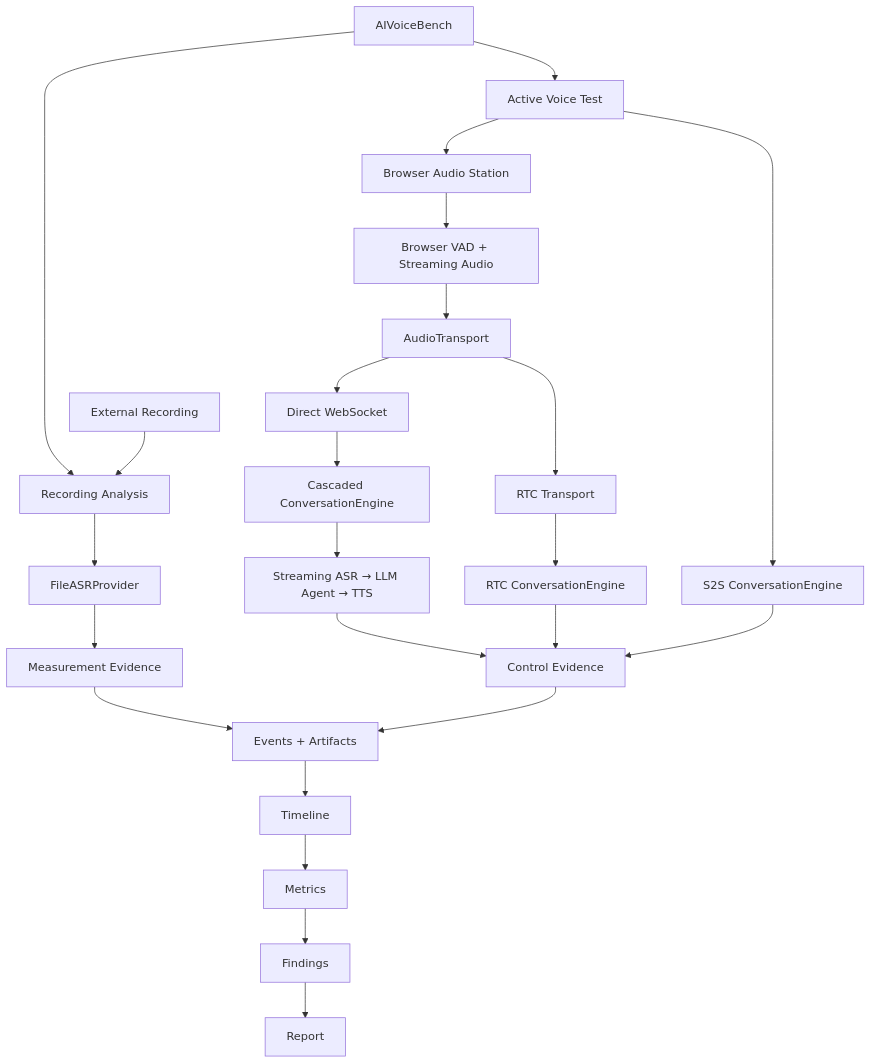
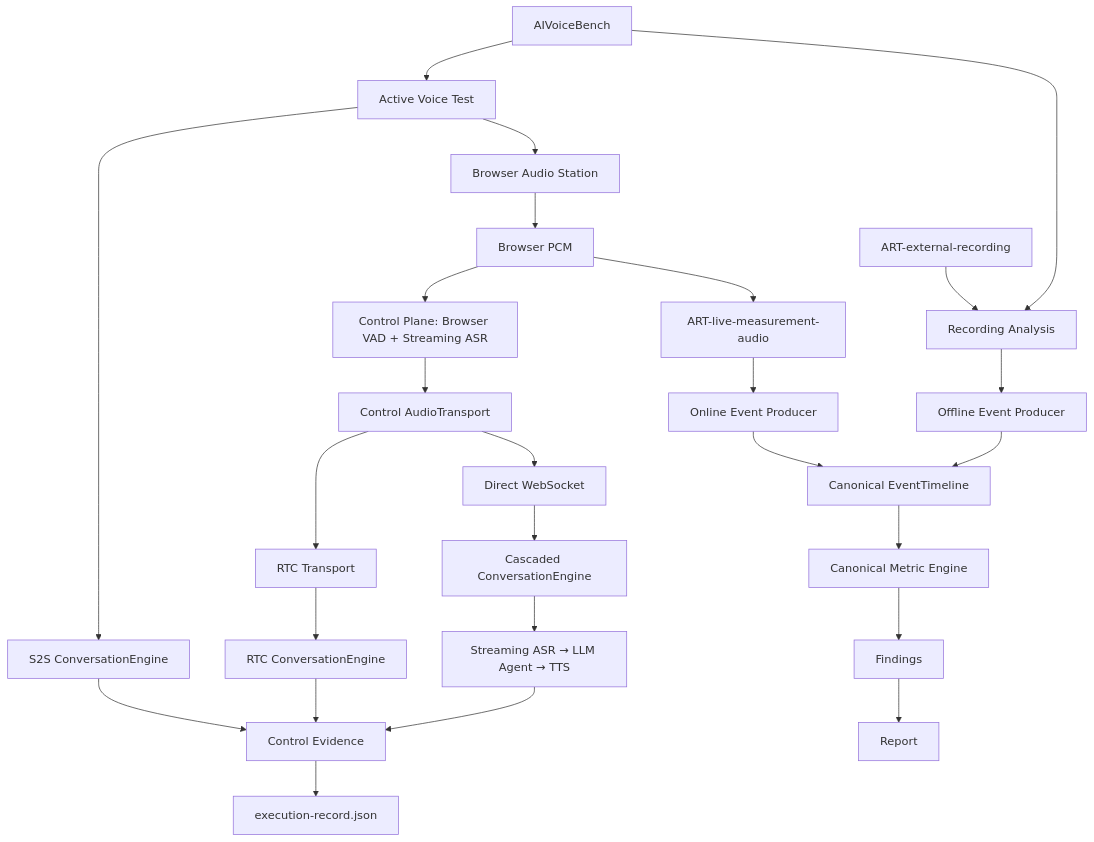
One commit to lybym/AIVoiceBench changed the diagram in docs/01-system-architecture.md. Above: the diagram before and after it, drawn with Mermaid. The commit also changed other lines of this file and 23 other files, not shown here.

````diff
--- a/docs/01-system-architecture.md
+++ b/docs/01-system-architecture.md
@@ -411,29 +428,31 @@
 ```mermaid
 flowchart TD
   AVB[AIVoiceBench] --> RA[Recording Analysis]
   AVB --> VT[Active Voice Test]
 
-  ER[External Recording] --> RA
-  RA --> FASR[FileASRProvider]
-  FASR --> ME[Measurement Evidence]
+  ER[ART-external-recording] --> RA
+  RA --> OFF[Offline Event Producer]
 
   VT --> BAS[Browser Audio Station]
-  BAS --> OBS[Browser VAD + Streaming Audio]
-  OBS --> AT[AudioTransport]
+  BAS --> PCM[Browser PCM]
+  PCM --> OBS[Control Plane: Browser VAD + Streaming ASR]
+  PCM --> LMA[ART-live-measurement-audio]
+  LMA --> ON[Online Event Producer]
+  OBS --> AT[Control AudioTransport]
   AT --> DWS[Direct WebSocket]
   AT --> RTC[RTC Transport]
   DWS --> CCE[Cascaded ConversationEngine]
   RTC --> RCE[RTC ConversationEngine]
   CCE --> CASCADE[Streaming ASR → LLM Agent → TTS]
   VT --> S2S[S2S ConversationEngine]
   CASCADE --> CE[Control Evidence]
   RCE --> CE
   S2S --> CE
 
-  ME --> EV[Events + Artifacts]
-  CE --> EV
-  EV --> TL[Timeline]
-  TL --> MX[Metrics]
+  OFF --> TL[Canonical EventTimeline]
+  ON --> TL
+  TL --> MX[Canonical Metric Engine]
   MX --> FI[Findings]
   FI --> RP[Report]
+  CE --> EX[execution-record.json]
 ```
````
